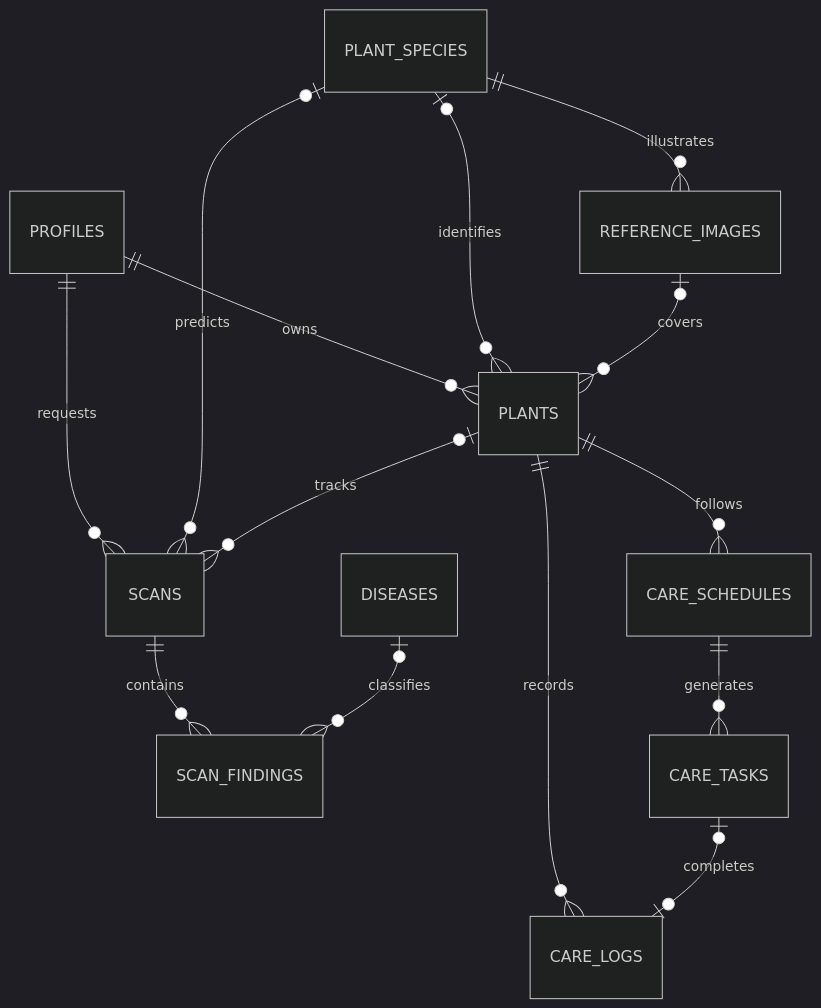
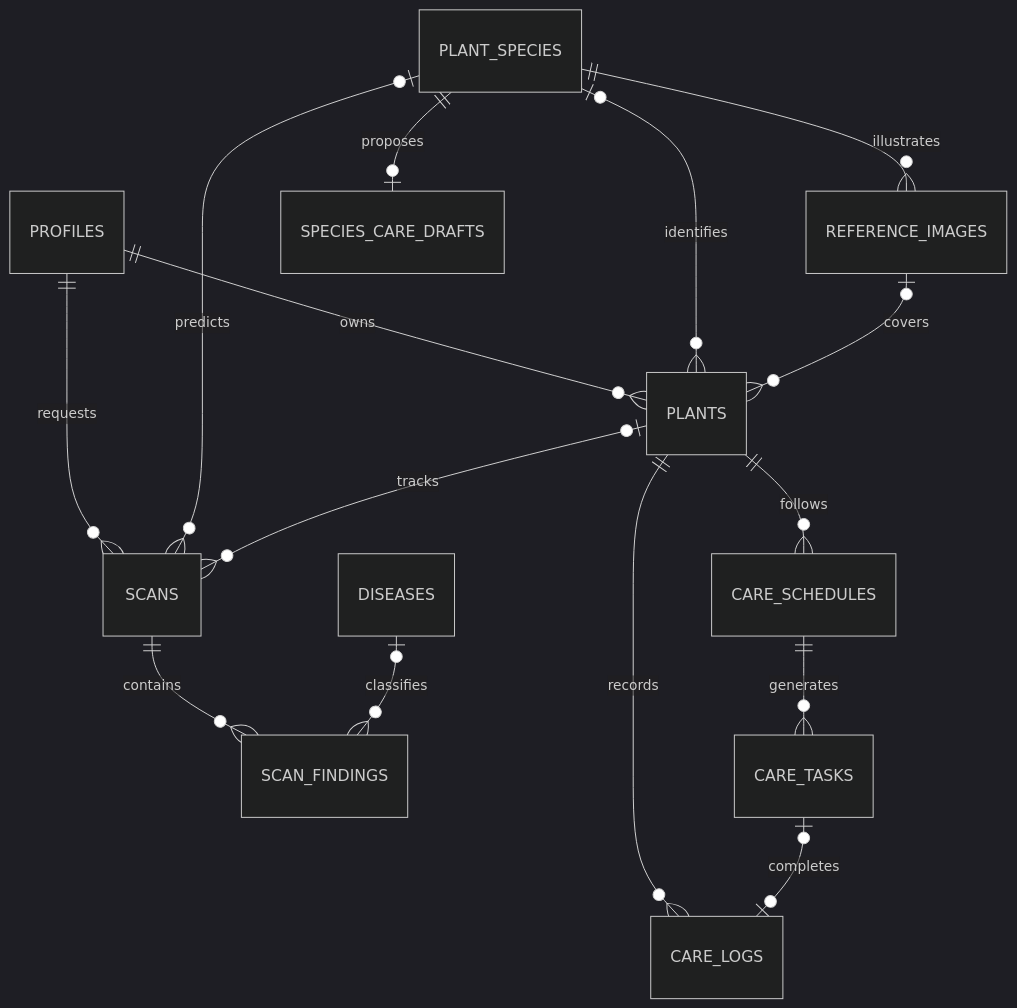
Before and after one commit to PhanDat3108/AI_Plant_Care: the diagram in backend/database/README.md, drawn with Mermaid (dark theme). The commit also changed other lines of this file and 37 other files, not shown here.

````diff
--- a/backend/database/README.md
+++ b/backend/database/README.md
@@ -7,16 +7,17 @@
 ```mermaid
 erDiagram
     PROFILES ||--o{ PLANTS : owns
     PROFILES ||--o{ SCANS : requests
     PLANT_SPECIES o|--o{ PLANTS : identifies
     PLANT_SPECIES ||--o{ REFERENCE_IMAGES : illustrates
+    PLANT_SPECIES ||--o| SPECIES_CARE_DRAFTS : proposes
     REFERENCE_IMAGES o|--o{ PLANTS : covers
     PLANT_SPECIES o|--o{ SCANS : predicts
     PLANTS o|--o{ SCANS : tracks
     SCANS ||--o{ SCAN_FINDINGS : contains
     DISEASES o|--o{ SCAN_FINDINGS : classifies
     PLANTS ||--o{ CARE_SCHEDULES : follows
     CARE_SCHEDULES ||--o{ CARE_TASKS : generates
     PLANTS ||--o{ CARE_LOGS : records
     CARE_TASKS o|--o| CARE_LOGS : completes
 ```
````
